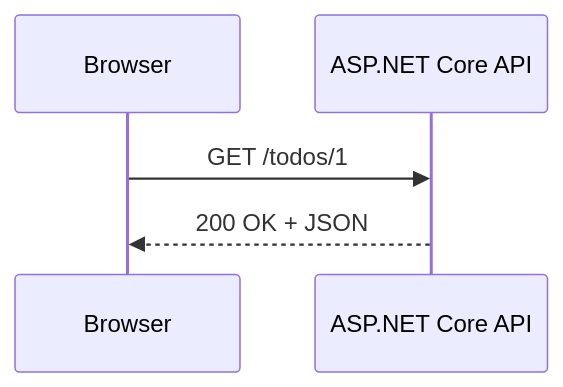
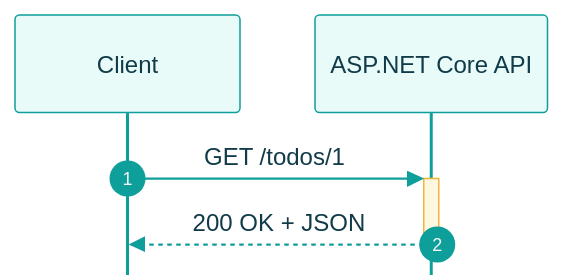
Before and after one commit to LiTaiChung/dotnetcore-tutorial: the third of 5 diagrams in slides.md, drawn with Mermaid. The commit also changed other lines of this file and 7 other files, not shown here.

First line of the commit message:
feat(styles): 增加封面和幻燈片插圖的樣式設置

````diff
--- a/slides.md
+++ b/slides.md
@@ -396,7 +558,9 @@
 ```mermaid
+%%{init: {"theme": "base", "sequence": {"mirrorActors": false, "showSequenceNumbers": true}, "themeVariables": {"fontFamily": "Noto Sans TC, Inter, sans-serif", "actorBkg": "#e8fbf8", "actorBorder": "#0e9f9a", "actorTextColor": "#123b4a", "activationBkgColor": "#fff8e1", "activationBorderColor": "#f3b33d", "signalColor": "#0e9f9a", "signalTextColor": "#123b4a", "noteBkgColor": "#f6fffe", "noteBorderColor": "#8bd8d1"}}}%%
 sequenceDiagram
-  participant Browser
+  autonumber
+  participant Client as Client
   participant API as ASP.NET Core API
-  Browser->>API: GET /todos/1
-  API-->>Browser: 200 OK + JSON
+  Client->>+API: GET /todos/1
+  API-->>-Client: 200 OK + JSON
 ```
````
